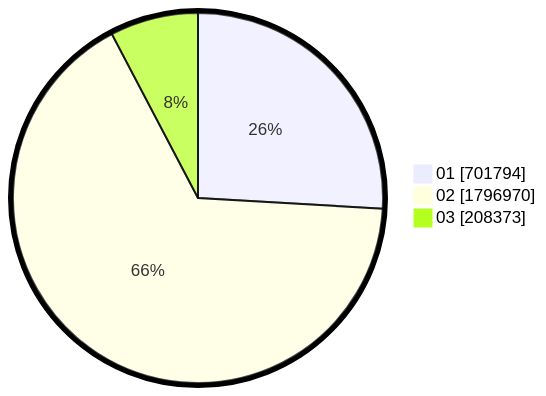
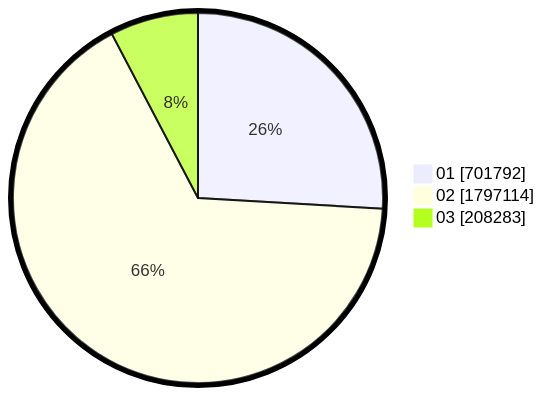
Before and after one commit to gigit-pemilu/pemilu-2024: the second of 2 diagrams in pilpres/hitung-suara/sub/table-wilayah-52.md, drawn with Mermaid. The commit also changed other lines of this file and 12 other files, not shown here.

````diff
--- a/pilpres/hitung-suara/sub/table-wilayah-52.md
+++ b/pilpres/hitung-suara/sub/table-wilayah-52.md
@@ -15,7 +15,7 @@
 ```mermaid
 %%{init: {"pie": {"textPosition": 0.5}, "themeVariables": {"pieOuterStrokeWidth": "5px"}} }%%
 pie showData
-    "01" : 701794
-    "02" : 1796970
-    "03" : 208373
+    "01" : 701792
+    "02" : 1797114
+    "03" : 208283
 ```
````
